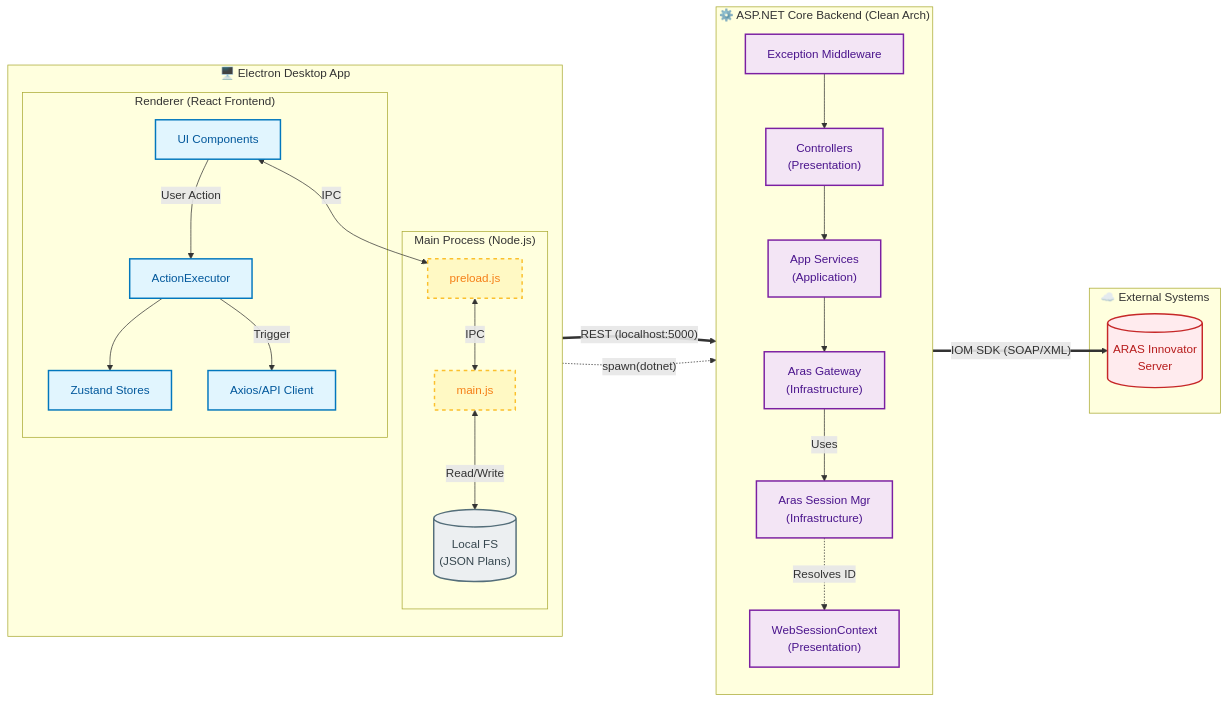
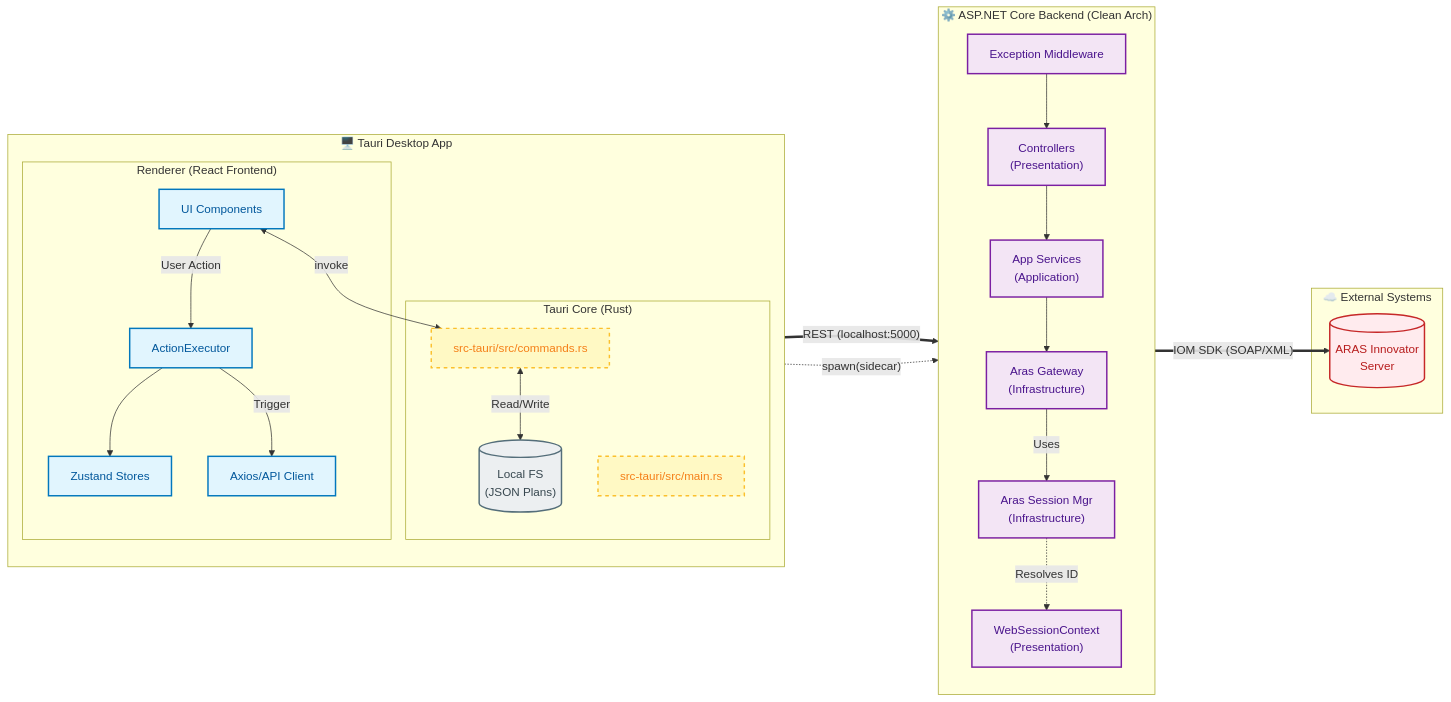
The diagram in docs/02_ARCHITECTURE.md (ashwin-2504/ARASTester), drawn with Mermaid before and after one commit. The commit also changed other lines of this file and 13 other files, not shown here.

````diff
--- a/docs/02_ARCHITECTURE.md
+++ b/docs/02_ARCHITECTURE.md
@@ -9,63 +9,62 @@
 ```mermaid
 flowchart LR
     %% --- Styles ---
     classDef react fill:#e1f5fe,stroke:#0277bd,stroke-width:2px,color:#01579b;
-    classDef electron fill:#fff9c4,stroke:#fbc02d,stroke-width:2px,stroke-dasharray: 5 5,color:#f57f17;
+    classDef tauri fill:#fff9c4,stroke:#fbc02d,stroke-width:2px,stroke-dasharray: 5 5,color:#f57f17;
     classDef dotnet fill:#f3e5f5,stroke:#7b1fa2,stroke-width:2px,color:#4a148c;
     classDef external fill:#ffebee,stroke:#c62828,stroke-width:2px,color:#b71c1c;
     classDef storage fill:#eceff1,stroke:#546e7a,stroke-width:2px,color:#37474f;
 
     %% --- Desktop App ---
-    subgraph Desktop ["🖥️ Electron Desktop App"]
+    subgraph Desktop ["🖥️ Tauri Desktop App"]
         direction TB
 
-        subgraph MainProcess ["Main Process (Node.js)"]
-            Main["main.js"]:::electron
-            Preload["preload.js"]:::electron
+        subgraph MainProcess ["Tauri Core (Rust)"]
+            Main["src-tauri/src/main.rs"]:::tauri
+            Commands["src-tauri/src/commands.rs"]:::tauri
             FS[("Local FS<br/>(JSON Plans)")]:::storage
         end
 
         subgraph Renderer ["Renderer (React Frontend)"]
             UI["UI Components"]:::react
             Store["Zustand Stores"]:::react
             Executor["ActionExecutor"]:::react
             API["Axios/API Client"]:::react
         end
     end
 
     %% --- Backend App ---
     subgraph Backend ["⚙️ ASP.NET Core Backend (Clean Arch)"]
         direction TB
         Middleware["Exception Middleware"]:::dotnet
         Controllers["Controllers<br/>(Presentation)"]:::dotnet
         SessionCtx["WebSessionContext<br/>(Presentation)"]:::dotnet
         Services["App Services<br/>(Application)"]:::dotnet
         Gateway["Aras Gateway<br/>(Infrastructure)"]:::dotnet
         SessionMgr["Aras Session Mgr<br/>(Infrastructure)"]:::dotnet
     end
 
     %% --- External ---
     subgraph External ["☁️ External Systems"]
         ARAS[("ARAS Innovator<br/>Server")]:::external
     end
 
-    %% --- Relations: Electron Internals ---
+    %% --- Relations: Tauri Internals ---
     UI -->|"User Action"| Executor
     Executor --> Store
     Executor -->|"Trigger"| API
-    UI <-->|"IPC"| Preload
-    Preload <-->|"IPC"| Main
-    Main <-->|"Read/Write"| FS
+    UI <-->|"invoke"| Commands
+    Commands <-->|"Read/Write"| FS
 
     %% --- Relations: System Startup ---
-    Main -.->|"spawn(dotnet)"| Backend
+    Main -.->|"spawn(sidecar)"| Backend
 
     %% --- Relations: HTTP Flow ---
     API ==>|"REST (localhost:5000)"| Middleware
     Middleware --> Controllers
     Controllers --> Services
     Services --> Gateway
     Gateway --"Uses"--> SessionMgr
     SessionMgr -.->|"Resolves ID"| SessionCtx
     SessionMgr ==>|"IOM SDK (SOAP/XML)"| ARAS
 ```
````
